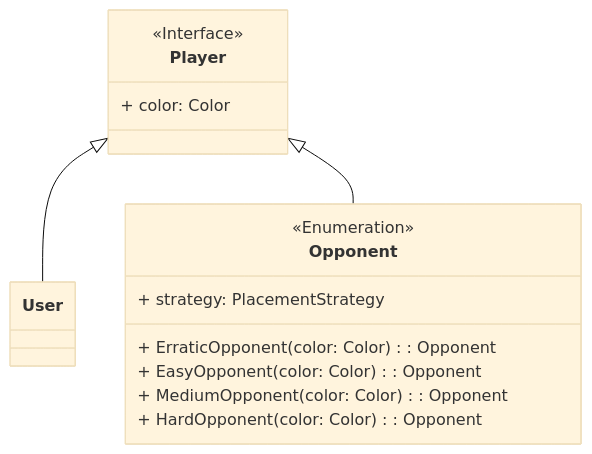
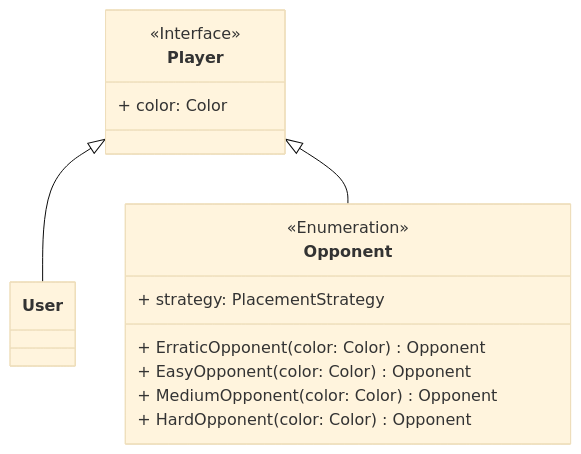
One commit to Borgotto/PPS-25-scalatello changed the fifth of 14 diagrams in docs/report/4-detailed-design.md. Above: the diagram before and after it, drawn with Mermaid (base theme). The commit also changed other lines of this file and 10 other files, not shown here.

````diff
--- a/docs/report/4-detailed-design.md
+++ b/docs/report/4-detailed-design.md
@@ -196,17 +196,17 @@
 ```mermaid
 classDiagram
     class Player <<Interface>> {
         + color: Color
     }
     class User
     class Opponent <<Enumeration>> {
         + strategy: PlacementStrategy
-        + ErraticOpponent(color: Color): Opponent
-        + EasyOpponent(color: Color): Opponent
-        + MediumOpponent(color: Color): Opponent
-        + HardOpponent(color: Color): Opponent
+        + ErraticOpponent(color: Color) Opponent
+        + EasyOpponent(color: Color) Opponent
+        + MediumOpponent(color: Color) Opponent
+        + HardOpponent(color: Color) Opponent
     }
 
     Player <|-- User
     Player <|-- Opponent
 ```
````
